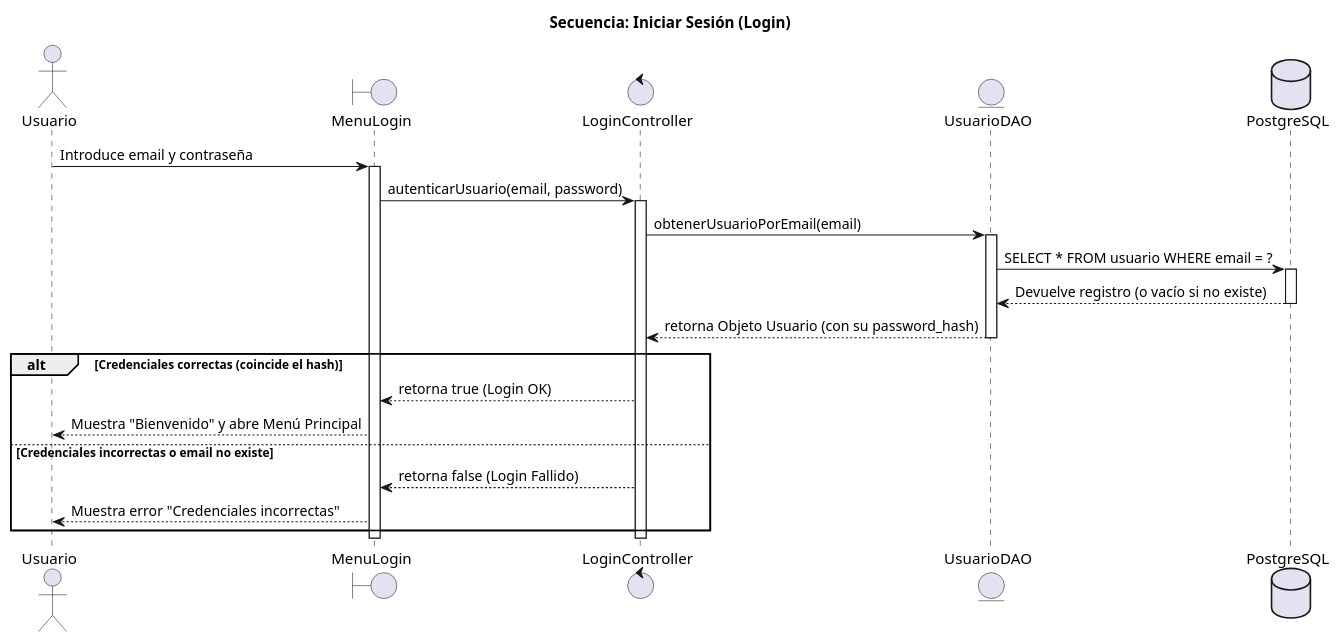
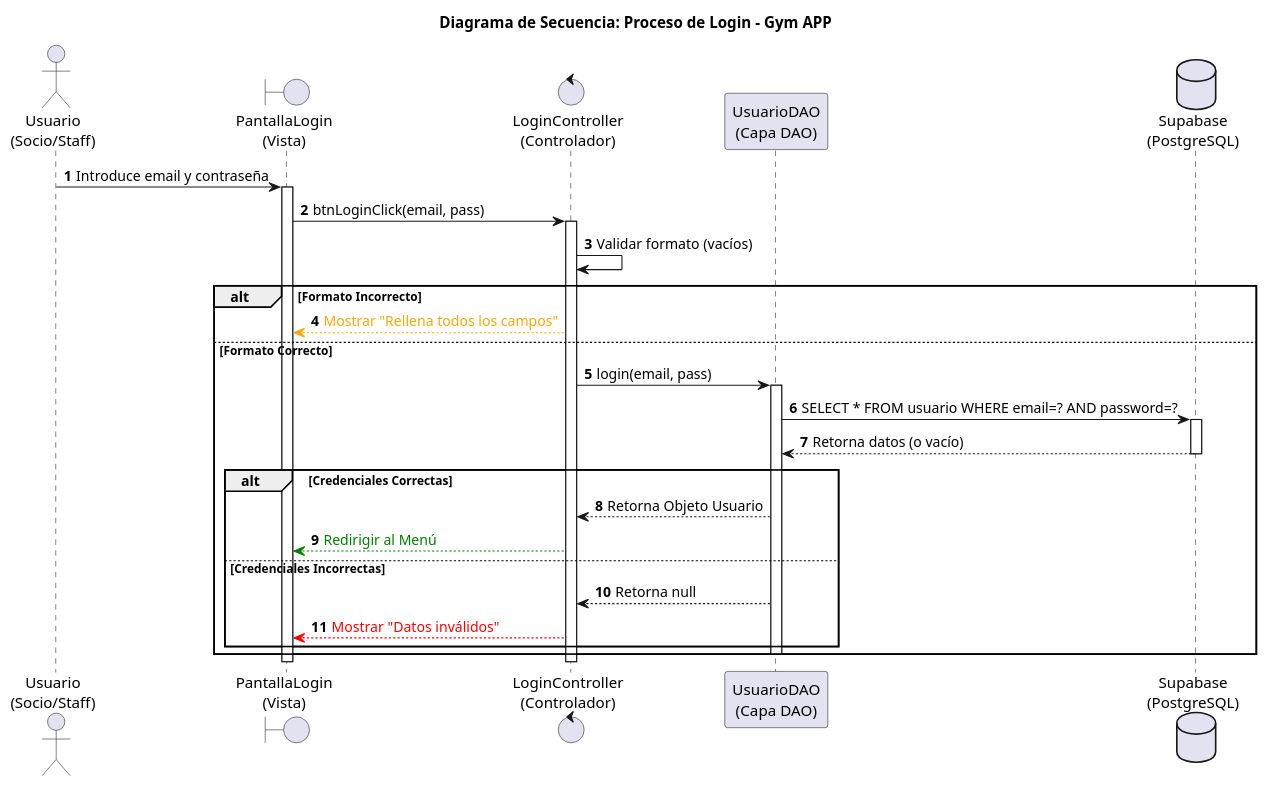
The diagram in docs/diagramasUML/DiagramasSecuencias/Secuencia_Iniciar_Sesión(Login).puml (FerminGarridoMartinDAM/ProyectoInterModular1DAMAppGimnasio), drawn with PlantUML before and after one commit. The commit also changed 18 other files, not shown here.

Commit message:
docs(uml): Actualizados y terminados diagramas de secuencias

```diff
--- a/docs/diagramasUML/DiagramasSecuencias/Secuencia_Iniciar_Sesión(Login).puml
+++ b/docs/diagramasUML/DiagramasSecuencias/Secuencia_Iniciar_Sesión(Login).puml
@@ -1,42 +1,41 @@
 @startuml
-title Secuencia: Iniciar Sesión (Login)
+title Diagrama de Secuencia: Proceso de Login - Gym APP
 
-' --- PARTICIPANTES ---
-actor Usuario
-boundary "MenuLogin" as Vista
-control "LoginController" as Controlador
-entity "UsuarioDAO" as DAO
-database "PostgreSQL" as BD
+autonumber
+actor "Usuario\n(Socio/Staff)" as User
+boundary "PantallaLogin\n(Vista)" as Vista
+control "LoginController\n(Controlador)" as Controller
+participant "UsuarioDAO\n(Capa DAO)" as DAO
+database "Supabase\n(PostgreSQL)" as DB
 
-' --- FLUJO DE EJECUCIÓN ---
-Usuario -> Vista: Introduce email y contraseña
+User -> Vista : Introduce email y contraseña
 activate Vista
 
-Vista -> Controlador: autenticarUsuario(email, password)
-activate Controlador
+Vista -> Controller : btnLoginClick(email, pass)
+activate Controller
 
-' El controlador delega en el DAO la búsqueda en base de datos
-Controlador -> DAO: obtenerUsuarioPorEmail(email)
-activate DAO
+' --- VALIDACIÓN LOCAL (Antes de ir a DB) ---
+Controller -> Controller : Validar formato (vacíos)
+alt Formato Incorrecto
+    Controller -[#orange]-> Vista : <color:orange>Mostrar "Rellena todos los campos"</color>
+else Formato Correcto
+    
+    Controller -> DAO : login(email, pass)
+    activate DAO
+    DAO -> DB : SELECT * FROM usuario WHERE email=? AND password=?
+    activate DB
+    DB --> DAO : Retorna datos (o vacío)
+    deactivate DB
 
-DAO -> BD: SELECT * FROM usuario WHERE email = ?
-activate BD
-BD --> DAO: Devuelve registro (o vacío si no existe)
-deactivate BD
-
-DAO --> Controlador: retorna Objeto Usuario (con su password_hash)
-deactivate DAO
-
-' El controlador toma la decisión lógica
-alt Credenciales correctas (coincide el hash)
-    Controlador --> Vista: retorna true (Login OK)
-    Vista --> Usuario: Muestra "Bienvenido" y abre Menú Principal
-else Credenciales incorrectas o email no existe
-    Controlador --> Vista: retorna false (Login Fallido)
-    Vista --> Usuario: Muestra error "Credenciales incorrectas"
+    alt Credenciales Correctas
+        DAO --> Controller : Retorna Objeto Usuario
+        Controller -[#green]-> Vista : <color:green>Redirigir al Menú</color>
+    else Credenciales Incorrectas
+        DAO --> Controller : Retorna null
+        Controller -[#red]-> Vista : <color:red>Mostrar "Datos inválidos"</color>
+    end
+    deactivate DAO
 end
-
-deactivate Controlador
+deactivate Controller
 deactivate Vista
-
 @enduml
```
